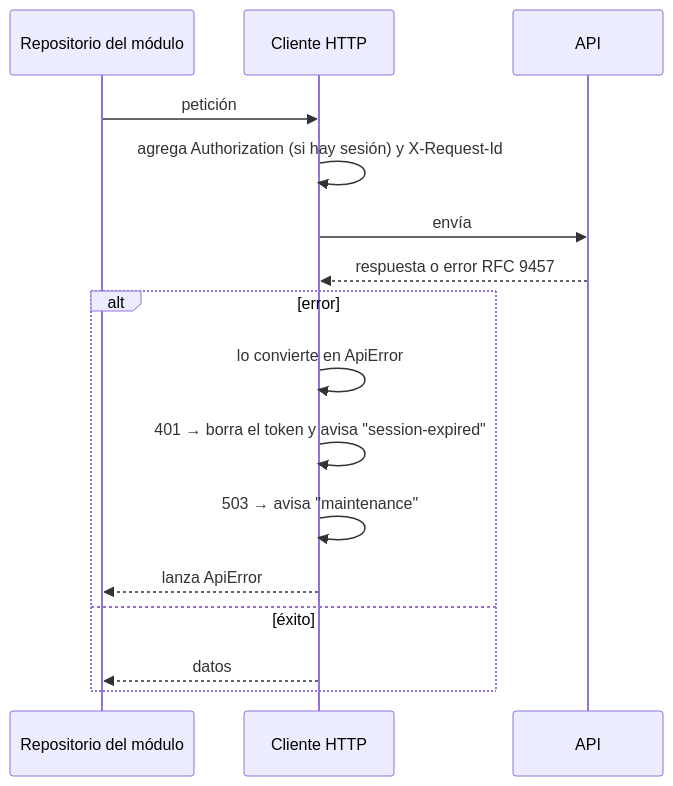
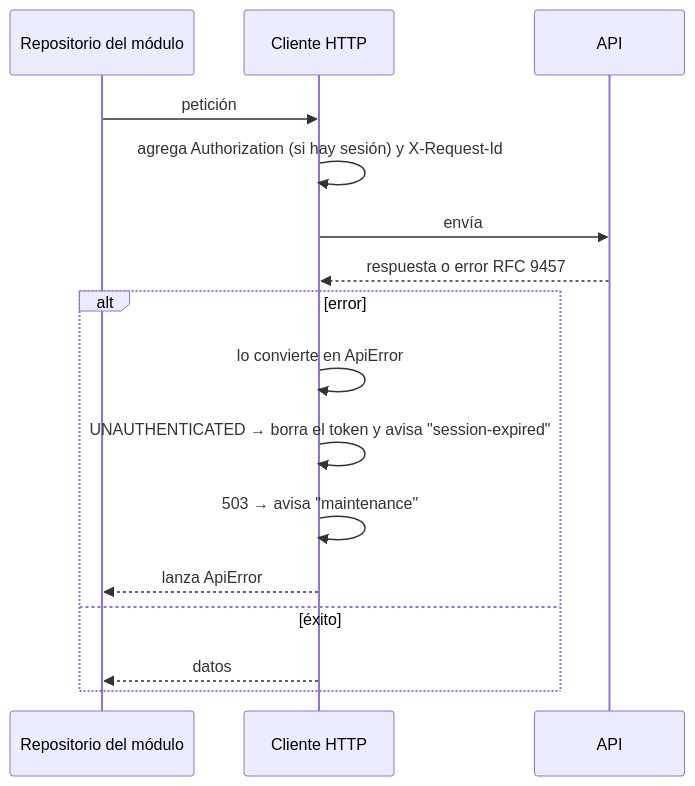
One commit to Daniuh/trazo changed the diagram in docs/frontend/http-y-errores.md. Above: the diagram before and after it, drawn with Mermaid. The commit also changed other lines of this file and 33 other files, not shown here.

````diff
--- a/docs/frontend/http-y-errores.md
+++ b/docs/frontend/http-y-errores.md
@@ -16,18 +16,18 @@
 ```mermaid
 sequenceDiagram
   participant M as Repositorio del módulo
   participant C as Cliente HTTP
   participant A as API
   M->>C: petición
   C->>C: agrega Authorization (si hay sesión) y X-Request-Id
   C->>A: envía
   A-->>C: respuesta o error RFC 9457
   alt error
     C->>C: lo convierte en ApiError
-    C->>C: 401 → borra el token y avisa "session-expired"
+    C->>C: UNAUTHENTICATED → borra el token y avisa "session-expired"
     C->>C: 503 → avisa "maintenance"
     C-->>M: lanza ApiError
   else éxito
     C-->>M: datos
   end
 ```
````
